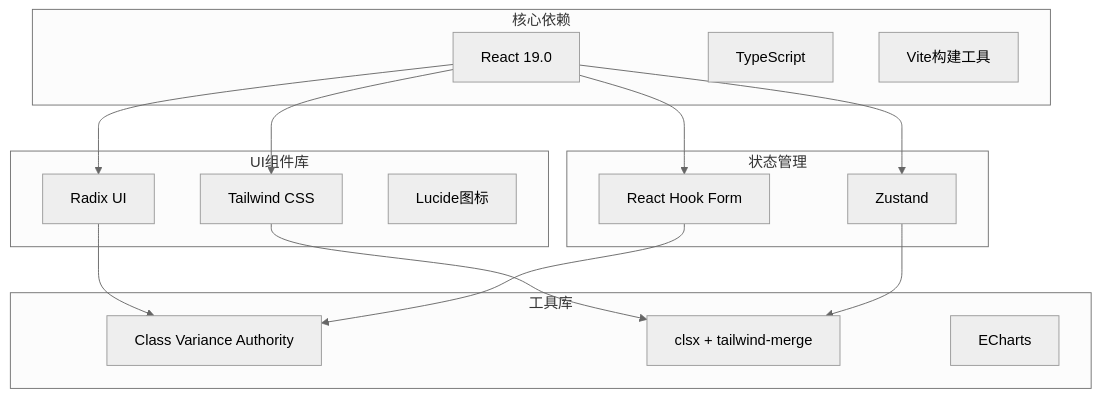
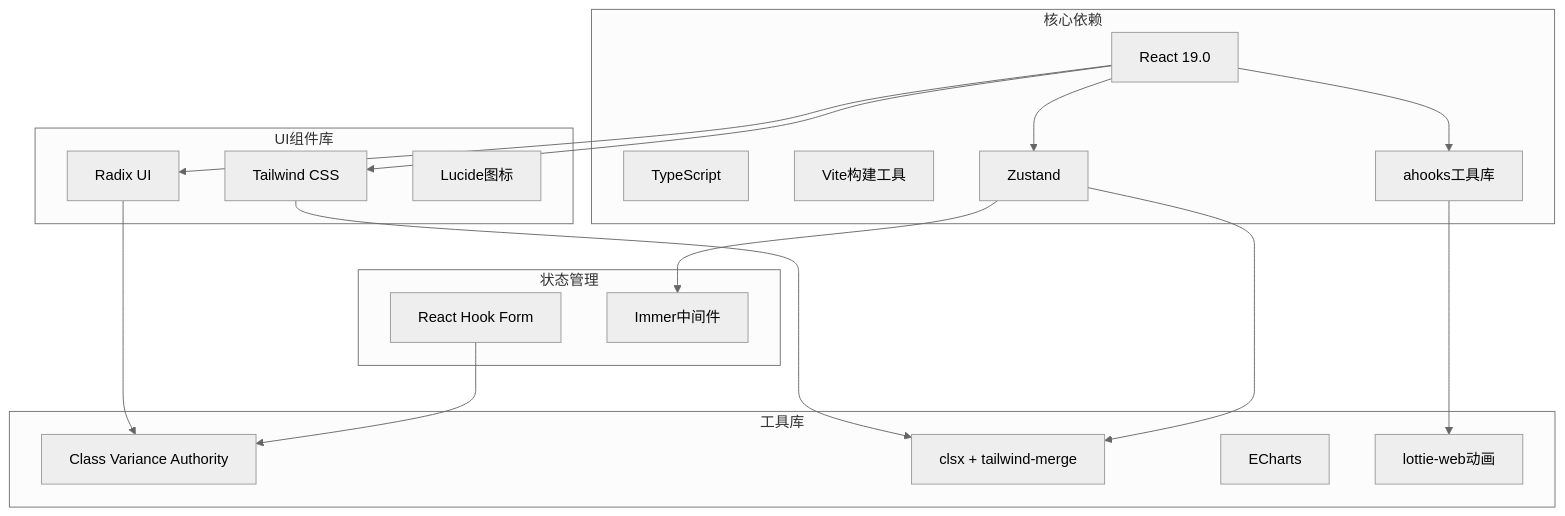
One commit to RadiumAg/bilibili-favorites changed diagram 11 of 12 in .qoder/repowiki/zh/content/Accessibility Enhancements.md. Above: the diagram before and after it, drawn with Mermaid (neutral theme). The commit also changed other lines of this file and 5 other files, not shown here.

````diff
--- a/.qoder/repowiki/zh/content/Accessibility Enhancements.md
+++ b/.qoder/repowiki/zh/content/Accessibility Enhancements.md
@@ -424,30 +600,36 @@
 ```mermaid
 graph TB
 subgraph "核心依赖"
 React[React 19.0]
 TypeScript[TypeScript]
 Vite[Vite构建工具]
+Zustand[Zustand状态管理]
+ahooks[ahooks工具库]
 end
 subgraph "UI组件库"
 RadixUI[Radix UI]
 TailwindCSS[Tailwind CSS]
 Lucide[Lucide图标]
 end
 subgraph "状态管理"
 Zustand[Zustand]
 ReactHookForm[React Hook Form]
+immer[Immer中间件]
 end
 subgraph "工具库"
 ClassVar[Class Variance Authority]
 CnxClsx[clsx + tailwind-merge]
 ECharts[ECharts]
+lottie-web[lottie-web动画]
 end
 React --> RadixUI
 React --> TailwindCSS
 React --> Zustand
-React --> ReactHookForm
+React --> ahooks
+Zustand --> immer
+ahooks --> lottie-web
 RadixUI --> ClassVar
 TailwindCSS --> CnxClsx
 Zustand --> CnxClsx
 ReactHookForm --> ClassVar
 ```
````
